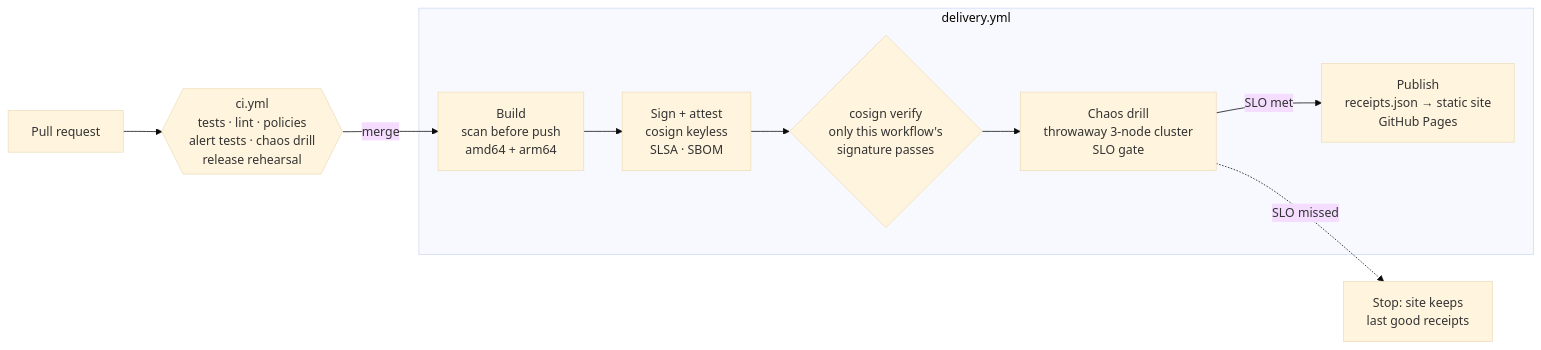
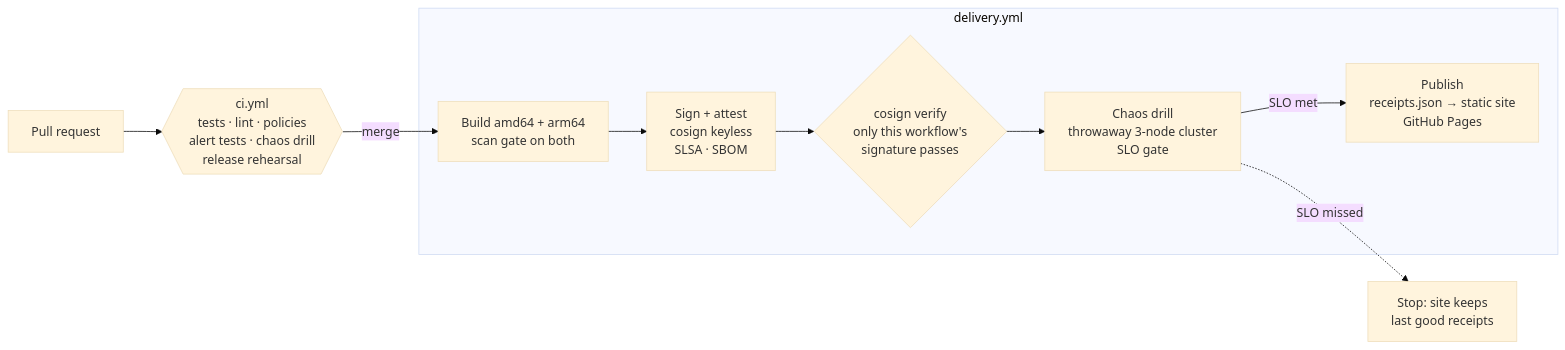
The first of 2 diagrams in README.md (ElliottSax/resume-as-code), drawn with Mermaid (base theme) before and after one commit. The commit also changed other lines of this file and 4 other files, not shown here.

````diff
--- a/README.md
+++ b/README.md
@@ -25,12 +25,12 @@
 ```mermaid
 flowchart LR
     PR[Pull request] --> CI{{"ci.yml<br/>tests · lint · policies<br/>alert tests · chaos drill<br/>release rehearsal"}}
     CI -->|merge| B
     subgraph delivery.yml
-      B["Build<br/>scan before push<br/>amd64 + arm64"] --> S["Sign + attest<br/>cosign keyless<br/>SLSA · SBOM"]
+      B["Build amd64 + arm64<br/>scan gate on both"] --> S["Sign + attest<br/>cosign keyless<br/>SLSA · SBOM"]
       S --> V{"cosign verify<br/>only this workflow's<br/>signature passes"}
       V --> D["Chaos drill<br/>throwaway 3-node cluster<br/>SLO gate"]
       D -->|SLO met| P["Publish<br/>receipts.json → static site<br/>GitHub Pages"]
     end
     D -.->|SLO missed| X[Stop: site keeps<br/>last good receipts]
 ```
````
